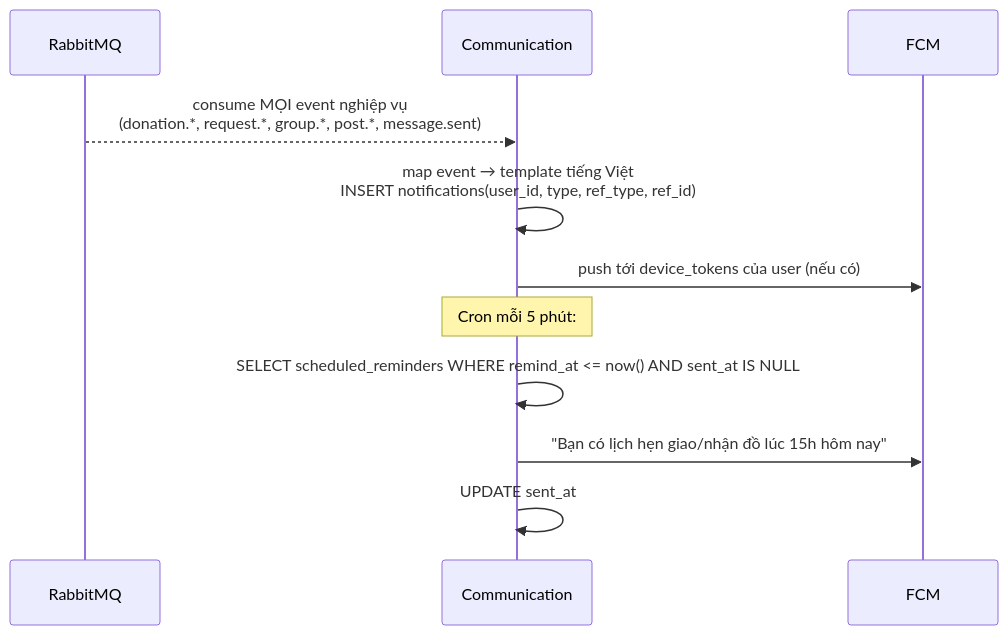
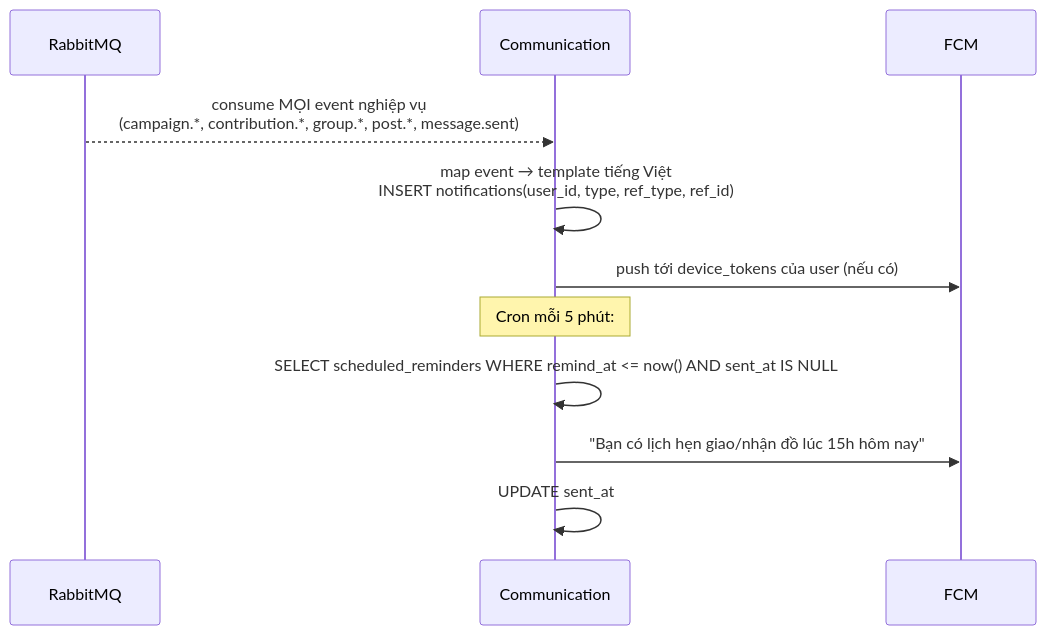
One commit to hieusoft/project4 changed diagram 12 of 14 in docs/flows.md. Above: the diagram before and after it, drawn with Mermaid. The commit also changed other lines of this file and 62 other files, not shown here.

````diff
--- a/docs/flows.md
+++ b/docs/flows.md
@@ -293,13 +256,13 @@
 ```mermaid
 sequenceDiagram
     participant MQ as RabbitMQ
     participant COM as Communication
     participant FCM as FCM
-    MQ-->>COM: consume MỌI event nghiệp vụ<br/>(donation.*, request.*, group.*, post.*, message.sent)
+    MQ-->>COM: consume MỌI event nghiệp vụ<br/>(campaign.*, contribution.*, group.*, post.*, message.sent)
     COM->>COM: map event → template tiếng Việt<br/>INSERT notifications(user_id, type, ref_type, ref_id)
     COM->>FCM: push tới device_tokens của user (nếu có)
     Note over COM: Cron mỗi 5 phút:
     COM->>COM: SELECT scheduled_reminders WHERE remind_at <= now() AND sent_at IS NULL
     COM->>FCM: "Bạn có lịch hẹn giao/nhận đồ lúc 15h hôm nay"
     COM->>COM: UPDATE sent_at
 ```
````
